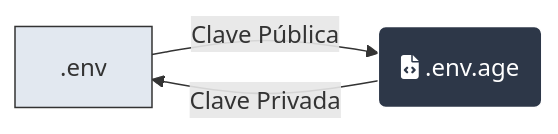
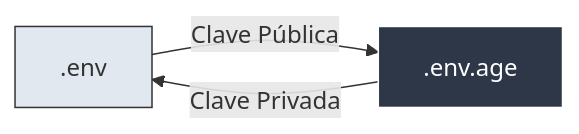
The first of 3 diagrams in README.md (herwingx/vaultwarden-self-hosted), drawn with Mermaid before and after one commit. The commit also changed other lines of this file, not shown here.

Commit message:
docs(readme): reorder content and fix mermaid syntax (#5)

````diff
--- a/README.md
+++ b/README.md
@@ -313,8 +109,8 @@
 ```mermaid
 graph LR
-    ENV[.env] -- Clave Pública --> ENC(fa:fa-file-code .env.age)
+    ENV[".env"] -- Clave Pública --> ENC[".env.age"]
     ENC -- Clave Privada --> ENV
     
     style ENV fill:#E2E8F0,stroke:#333
     style ENC fill:#2D3748,stroke:#fff,color:#fff
 ```
````
